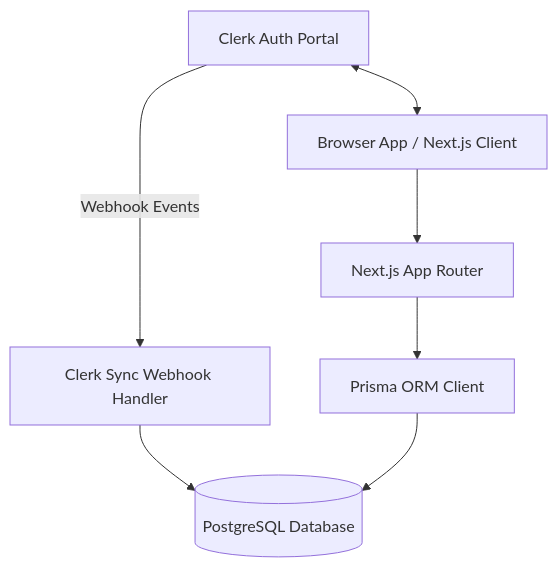
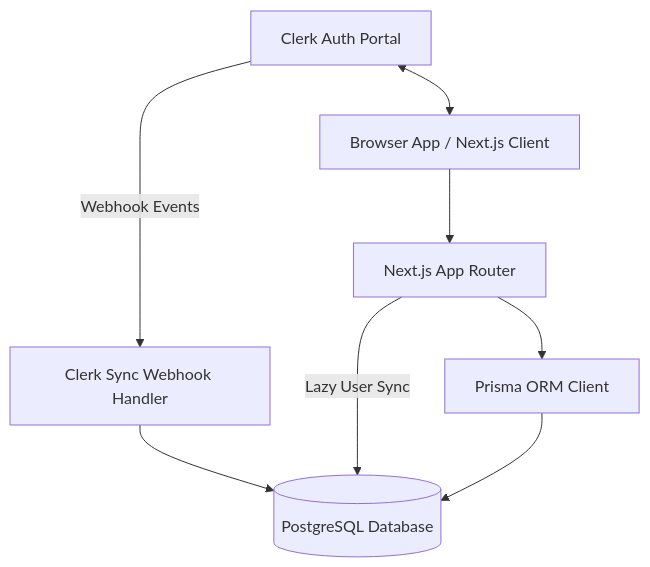
Before and after one commit to ankush-jamuar/LedgerFlow: the diagram in README.md, drawn with Mermaid. The commit also changed other lines of this file and 17 other files, not shown here.

First line of the commit message:
feat(auth): implement lazy Clerk user sync and preference bootstrap

````diff
--- a/README.md
+++ b/README.md
@@ -11,9 +11,10 @@
 ```mermaid
 graph TD
     Client[Browser App / Next.js Client] --> AppRouter[Next.js App Router]
     Clerk[Clerk Auth Portal] <--> Client
     Clerk -- Webhook Events --> WebhookHandler[Clerk Sync Webhook Handler]
     WebhookHandler --> DB[(PostgreSQL Database)]
     AppRouter --> Prisma[Prisma ORM Client]
+    AppRouter -- Lazy User Sync --> DB
     Prisma --> DB
 ```
````
